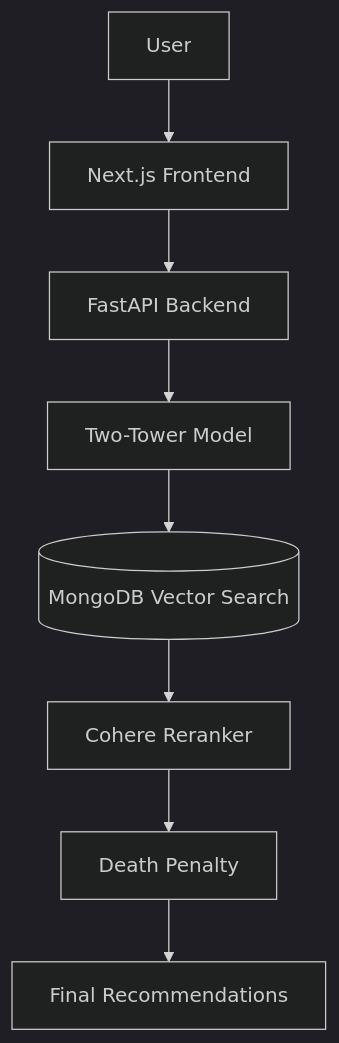
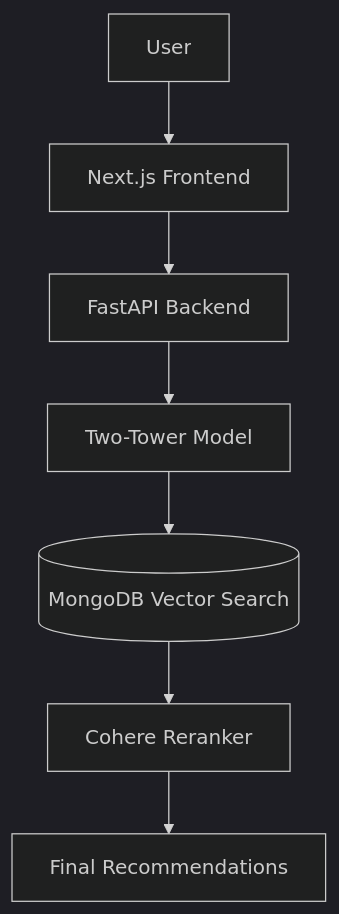
One commit to JaredAung/HowToNotKillYourPlants changed the first of 4 diagrams in README.md. Above: the diagram before and after it, drawn with Mermaid (dark theme). The commit also changed other lines of this file and 43 other files, not shown here.

````diff
--- a/README.md
+++ b/README.md
@@ -109,11 +109,10 @@
 ```mermaid
 flowchart TD
     User[User]
     User --> NextJS[Next.js Frontend]
     NextJS --> FastAPI[FastAPI Backend]
     FastAPI --> TwoTower[Two-Tower Model]
     TwoTower --> MongoVec[(MongoDB Vector Search)]
     MongoVec --> Cohere[Cohere Reranker]
-    Cohere --> DeathPenalty[Death Penalty]
-    DeathPenalty --> Results[Final Recommendations]
+    Cohere --> Results[Final Recommendations]
 ```
````
